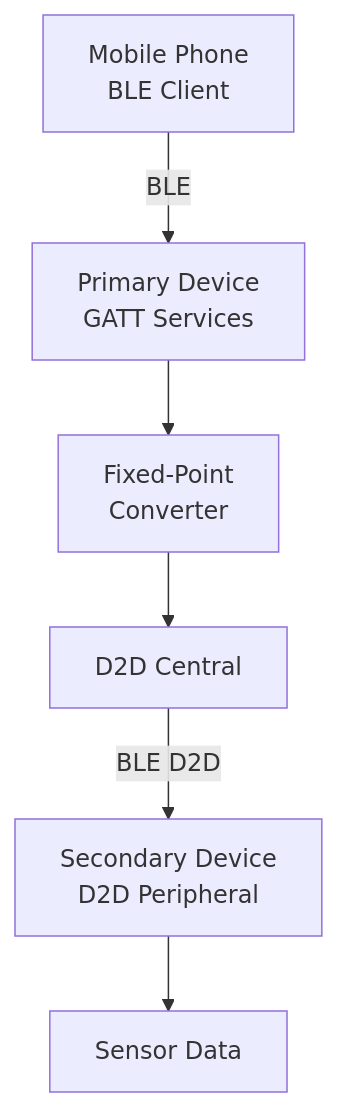
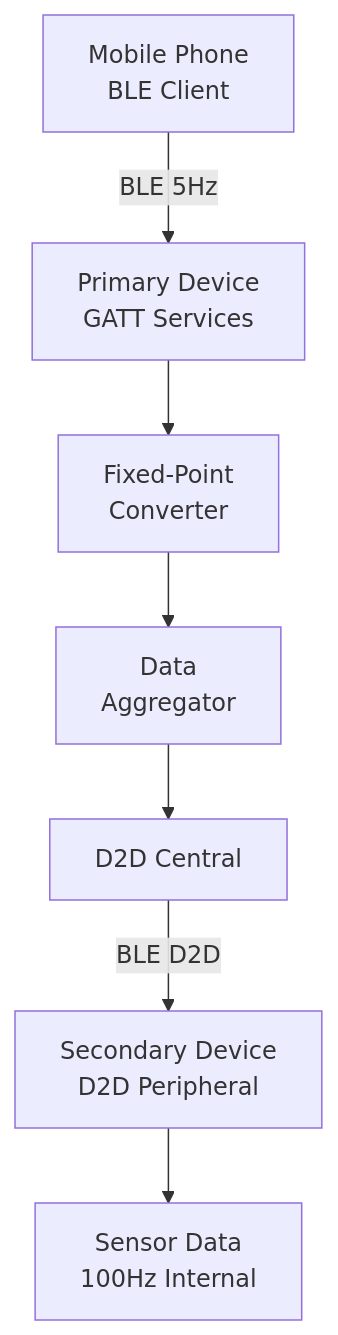
The first of 3 diagrams in docs/Bluetooth_GATT_Specification.md (Botz-Limited/sensing_system-Zephyr), drawn with Mermaid before and after one commit. The commit also changed other lines of this file and 2 other files, not shown here.

Commit message:
fixed mobile phone disconnect/reconnect firmware freese during activity

````diff
--- a/docs/Bluetooth_GATT_Specification.md
+++ b/docs/Bluetooth_GATT_Specification.md
@@ -149,8 +82,9 @@
 ```mermaid
 flowchart TB
-    APP[Mobile Phone<br/>BLE Client] -->|BLE| PRIM[Primary Device<br/>GATT Services]
+    APP[Mobile Phone<br/>BLE Client] -->|BLE 5Hz| PRIM[Primary Device<br/>GATT Services]
     PRIM --> CONV[Fixed-Point<br/>Converter]
-    CONV --> D2DC[D2D Central]
+    CONV --> AGG[Data<br/>Aggregator]
+    AGG --> D2DC[D2D Central]
     D2DC -->|BLE D2D| D2DP[Secondary Device<br/>D2D Peripheral]
-    D2DP --> SENS[Sensor Data]
+    D2DP --> SENS[Sensor Data<br/>100Hz Internal]
 ```
````
